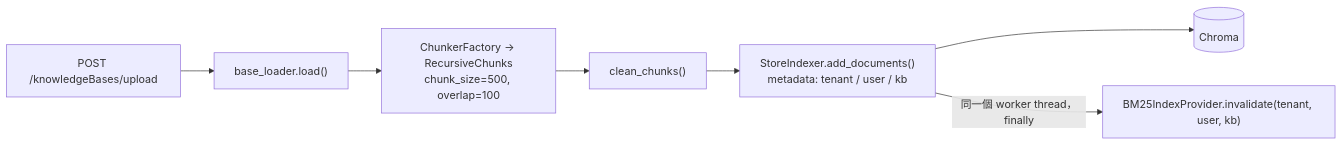
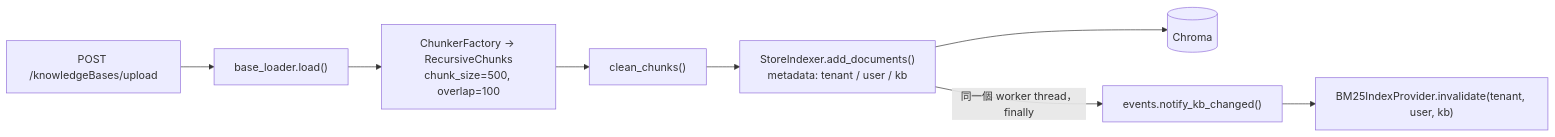
Before and after one commit to jltz1207/LoginFastapi: the first of 9 diagrams in docs/vectorstore/vectorstore-retriever-structure-20261009.md, drawn with Mermaid. The commit also changed other lines of this file and 11 other files, not shown here.

````diff
--- a/docs/vectorstore/vectorstore-retriever-structure-20261009.md
+++ b/docs/vectorstore/vectorstore-retriever-structure-20261009.md
@@ -17,9 +17,10 @@
 ```mermaid
 flowchart LR
     UP["POST /knowledgeBases/upload"] --> LD["base_loader.load()"]
     LD --> CH["ChunkerFactory → RecursiveChunks<br/>chunk_size=500, overlap=100"]
     CH --> CL["clean_chunks()"]
     CL --> AD["StoreIndexer.add_documents()<br/>metadata: tenant / user / kb"]
     AD --> DB[("Chroma")]
-    AD -->|"同一個 worker thread，finally"| INV["BM25IndexProvider.invalidate(tenant, user, kb)"]
+    AD -->|"同一個 worker thread，finally"| EV["events.notify_kb_changed()"]
+    EV --> INV["BM25IndexProvider.invalidate(tenant, user, kb)"]
 ```
````
